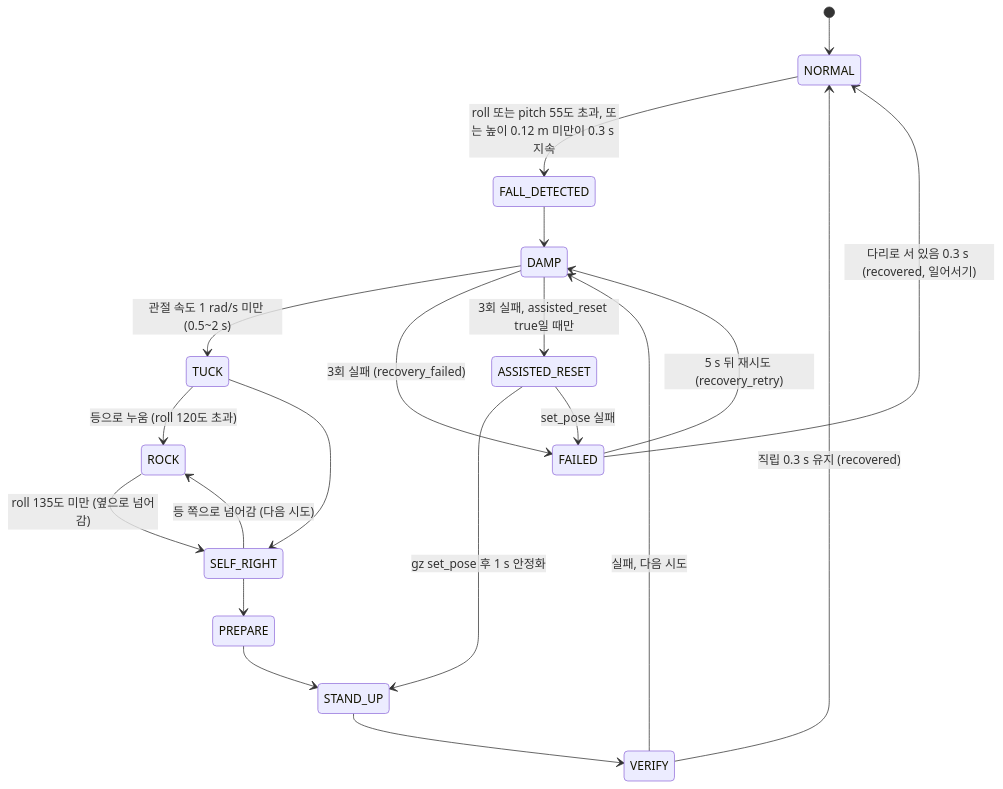
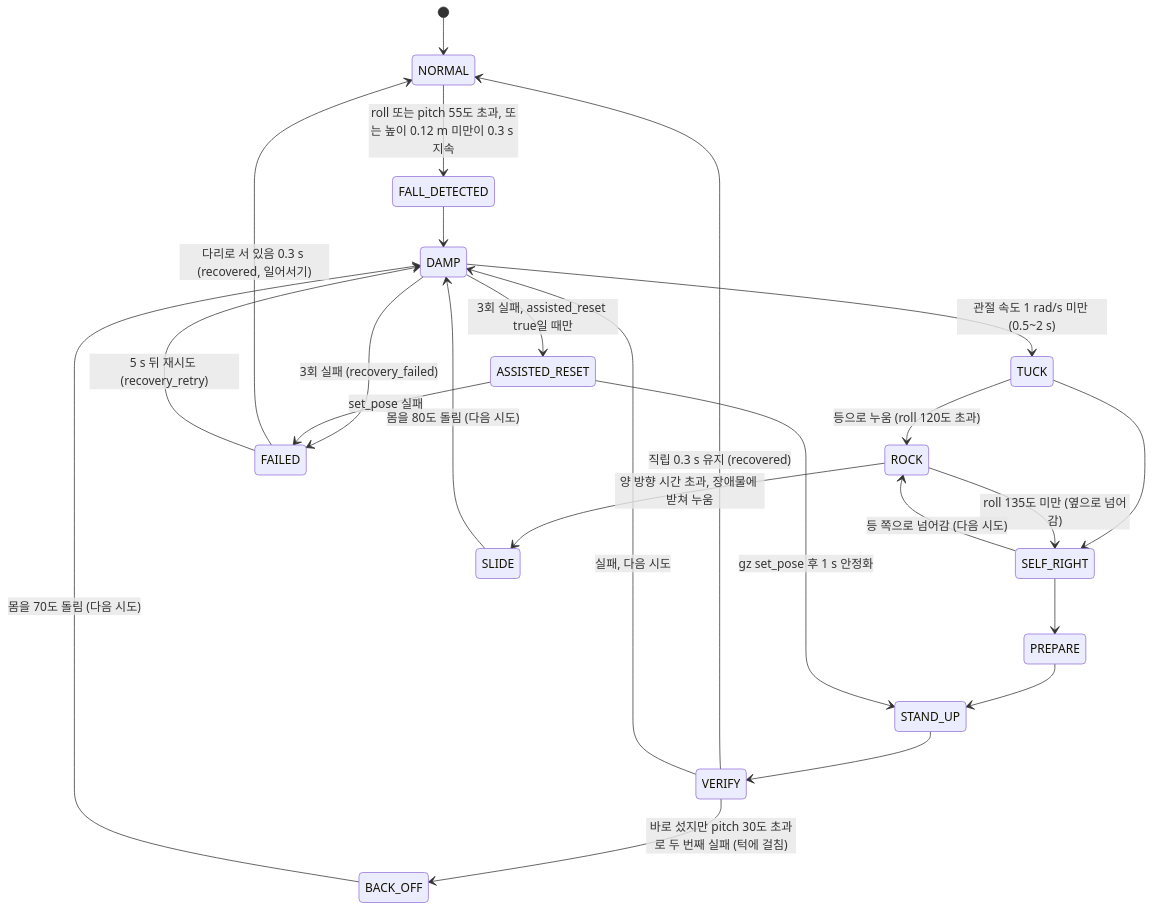
The seventh of 17 diagrams in docs/REPORT.md (YUGyuSang/DusanAI), drawn with Mermaid before and after one commit. The commit also changed other lines of this file and 2 other files, not shown here.

````diff
--- a/docs/REPORT.md
+++ b/docs/REPORT.md
@@ -647,22 +647,26 @@
 ```mermaid
 stateDiagram-v2
   [*] --> NORMAL
   NORMAL --> FALL_DETECTED : roll 또는 pitch 55도 초과, 또는 높이 0.12 m 미만이 0.3 s 지속
   FALL_DETECTED --> DAMP
   DAMP --> TUCK : 관절 속도 1 rad/s 미만 (0.5~2 s)
   TUCK --> ROCK : 등으로 누움 (roll 120도 초과)
   TUCK --> SELF_RIGHT
   ROCK --> SELF_RIGHT : roll 135도 미만 (옆으로 넘어감)
   SELF_RIGHT --> ROCK : 등 쪽으로 넘어감 (다음 시도)
+  ROCK --> SLIDE : 양 방향 시간 초과, 장애물에 받쳐 누움
+  SLIDE --> DAMP : 몸을 80도 돌림 (다음 시도)
   SELF_RIGHT --> PREPARE
   PREPARE --> STAND_UP
   STAND_UP --> VERIFY
   VERIFY --> NORMAL : 직립 0.3 s 유지 (recovered)
   VERIFY --> DAMP : 실패, 다음 시도
+  VERIFY --> BACK_OFF : 바로 섰지만 pitch 30도 초과로 두 번째 실패 (턱에 걸침)
+  BACK_OFF --> DAMP : 몸을 70도 돌림 (다음 시도)
   DAMP --> FAILED : 3회 실패 (recovery_failed)
   DAMP --> ASSISTED_RESET : 3회 실패, assisted_reset true일 때만
   ASSISTED_RESET --> STAND_UP : gz set_pose 후 1 s 안정화
   ASSISTED_RESET --> FAILED : set_pose 실패
   FAILED --> NORMAL : 다리로 서 있음 0.3 s (recovered, 일어서기)
   FAILED --> DAMP : 5 s 뒤 재시도 (recovery_retry)
 ```
````
